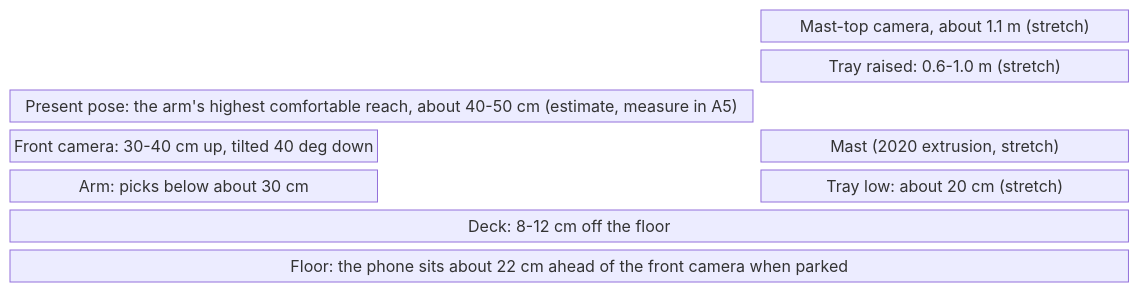
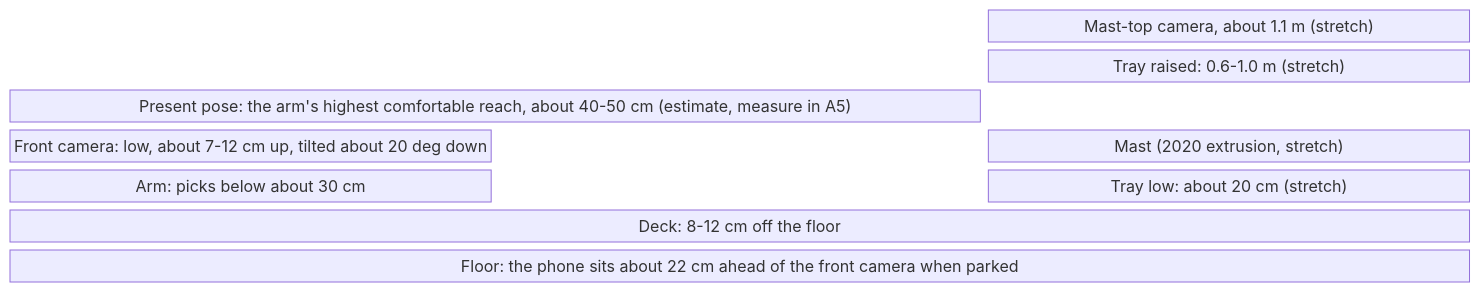
One commit to aarooshpravici/AutoPick-CalHacks changed the fifth of 12 diagrams in plan.md. Above: the diagram before and after it, drawn with Mermaid. The commit also changed other lines of this file, not shown here.

First line of the commit message:
Plan: record two driven + two fixed wheels and the low front camera

````diff
--- a/plan.md
+++ b/plan.md
@@ -189,11 +189,11 @@
 ```mermaid
 block-beta
   columns 3
   space space TOPCAM["Mast-top camera, about 1.1 m (stretch)"]
   space space TRAYUP["Tray raised: 0.6-1.0 m (stretch)"]
   PRESENT["Present pose: the arm's highest comfortable reach, about 40-50 cm (estimate, measure in A5)"]:2 space
-  FRONTCAM["Front camera: 30-40 cm up, tilted 40 deg down"] space MAST["Mast (2020 extrusion, stretch)"]
+  FRONTCAM["Front camera: low, about 7-12 cm up, tilted about 20 deg down"] space MAST["Mast (2020 extrusion, stretch)"]
   ARM["Arm: picks below about 30 cm"] space TRAYLOW["Tray low: about 20 cm (stretch)"]
   DECK["Deck: 8-12 cm off the floor"]:3
   FLOOR["Floor: the phone sits about 22 cm ahead of the front camera when parked"]:3
 ```
````
